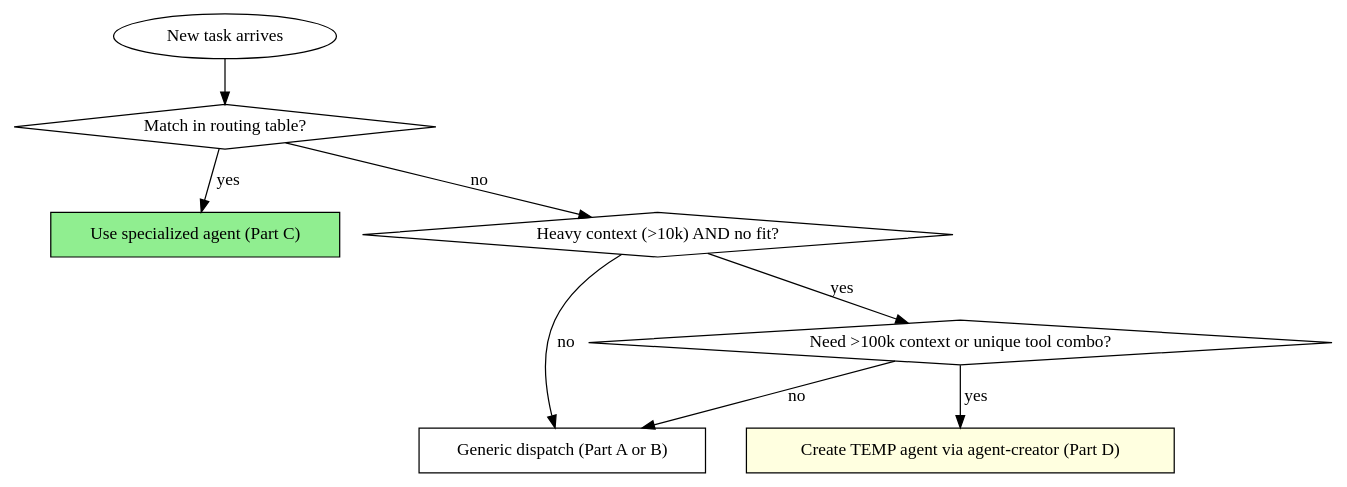
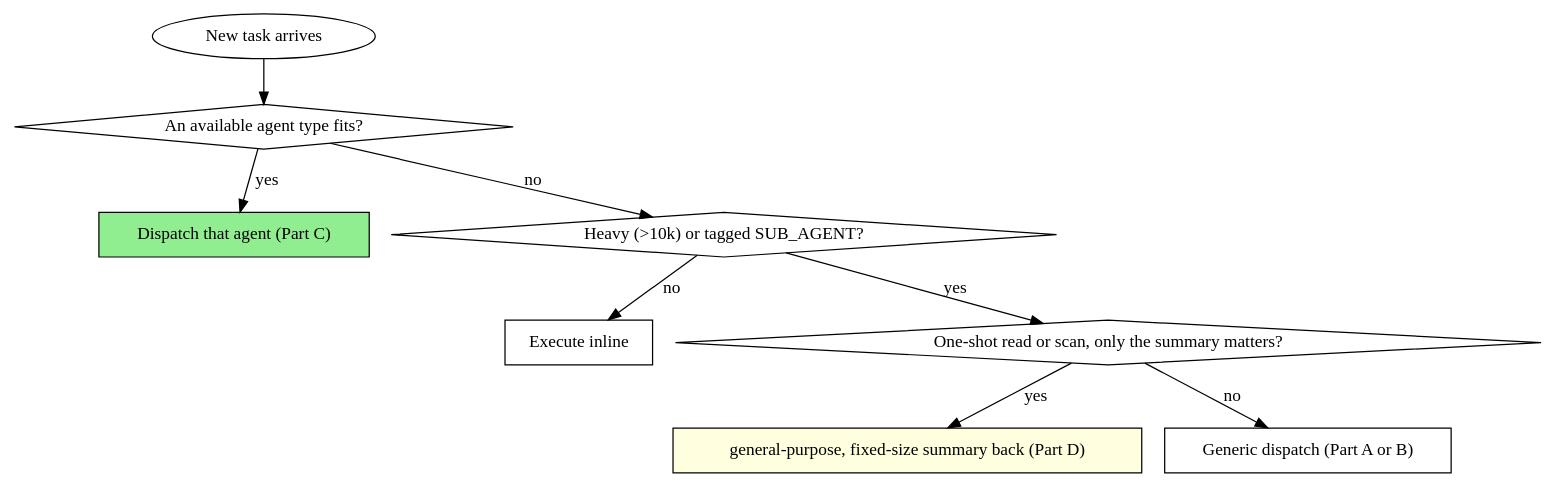
Before and after one commit to yizhao95/prov_ledger: the fourth of 4 diagrams in skills/subagent-driven-development/SKILL.md, drawn with Graphviz. The commit also changed other lines of this file and 38 other files, not shown here.

First line of the commit message:
skills: run-step passes the review hand-off on; schemas held to the code

````diff
--- a/skills/subagent-driven-development/SKILL.md
+++ b/skills/subagent-driven-development/SKILL.md
@@ -345,19 +320,20 @@
 ```dot
 digraph routing {
     "New task arrives" [shape=oval];
-    "Match in routing table?" [shape=diamond];
-    "Use specialized agent (Part C)" [shape=box style=filled fillcolor=lightgreen];
-    "Heavy context (>10k) AND no fit?" [shape=diamond];
+    "An available agent type fits?" [shape=diamond];
+    "Dispatch that agent (Part C)" [shape=box style=filled fillcolor=lightgreen];
+    "Heavy (>10k) or tagged SUB_AGENT?" [shape=diamond];
+    "Execute inline" [shape=box];
+    "One-shot read or scan, only the summary matters?" [shape=diamond];
+    "general-purpose, fixed-size summary back (Part D)" [shape=box style=filled fillcolor=lightyellow];
     "Generic dispatch (Part A or B)" [shape=box];
-    "Need >100k context or unique tool combo?" [shape=diamond];
-    "Create TEMP agent via agent-creator (Part D)" [shape=box style=filled fillcolor=lightyellow];
 
-    "New task arrives" -> "Match in routing table?";
-    "Match in routing table?" -> "Use specialized agent (Part C)" [label="yes"];
-    "Match in routing table?" -> "Heavy context (>10k) AND no fit?" [label="no"];
-    "Heavy context (>10k) AND no fit?" -> "Need >100k context or unique tool combo?" [label="yes"];
-    "Heavy context (>10k) AND no fit?" -> "Generic dispatch (Part A or B)" [label="no"];
-    "Need >100k context or unique tool combo?" -> "Create TEMP agent via agent-creator (Part D)" [label="yes"];
-    "Need >100k context or unique tool combo?" -> "Generic dispatch (Part A or B)" [label="no"];
+    "New task arrives" -> "An available agent type fits?";
+    "An available agent type fits?" -> "Dispatch that agent (Part C)" [label="yes"];
+    "An available agent type fits?" -> "Heavy (>10k) or tagged SUB_AGENT?" [label="no"];
+    "Heavy (>10k) or tagged SUB_AGENT?" -> "Execute inline" [label="no"];
+    "Heavy (>10k) or tagged SUB_AGENT?" -> "One-shot read or scan, only the summary matters?" [label="yes"];
+    "One-shot read or scan, only the summary matters?" -> "general-purpose, fixed-size summary back (Part D)" [label="yes"];
+    "One-shot read or scan, only the summary matters?" -> "Generic dispatch (Part A or B)" [label="no"];
 }
 ```
````
